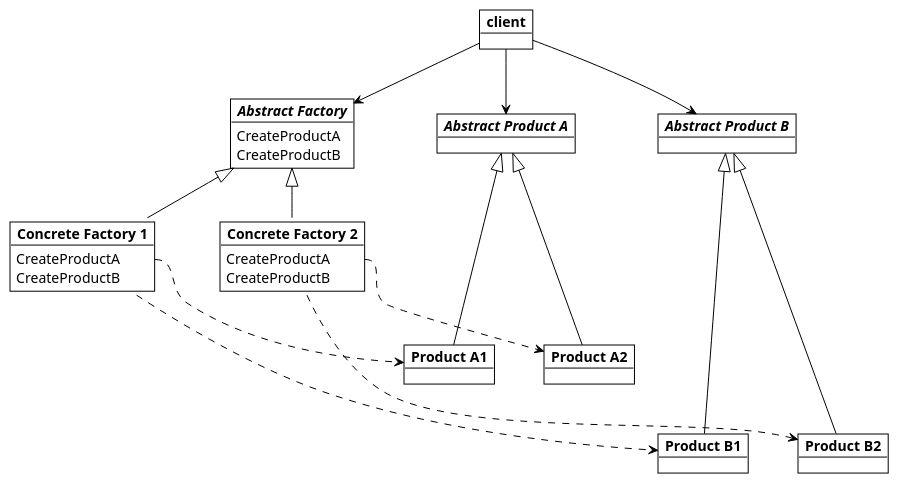
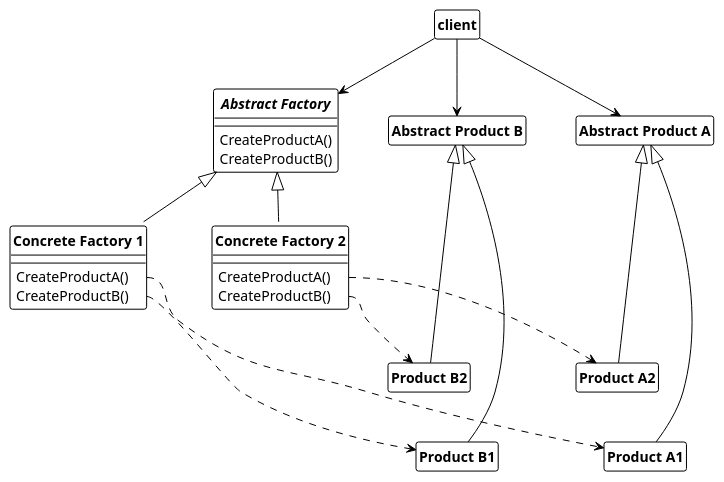
The diagram in creational_patterns/abstract_factory/abstract_factory.md (dst80/design-patterns), drawn with PlantUML before and after one commit. The commit also changed 10 other files, not shown here.

````diff
--- a/creational_patterns/abstract_factory/abstract_factory.md
+++ b/creational_patterns/abstract_factory/abstract_factory.md
@@ -5,51 +5,56 @@
 ```plantuml
 @startuml abstract_factory
 !theme plain
+hide circle
+hide fields
+hide members
 
 skinparam nodesep 50
 skinparam ranksep 50
-object "**client**" as client
+class "**client**" as client
 together {
-object "//**Abstract Factory**//" as AbstractFactory {
-    CreateProductA
-    CreateProductB
+    interface "**Abstract Factory**" as abstract_factory {
+        CreateProductA()
+        CreateProductB()
+    }
+    show abstract_factory members
+    class "**Concrete Factory 1**" as concrete_factory_1{
+        CreateProductA()
+        CreateProductB()
+    }
+    show concrete_factory_1 members
+    class "**Concrete Factory 2**" as concrete_factory_2 {
+        CreateProductA()
+        CreateProductB()
+    }
+    show concrete_factory_2 members
+    abstract_factory <|-- concrete_factory_1
+    abstract_factory <|-- concrete_factory_2
 }
-    object "**Concrete Factory 1**" as ConcreteFactory1{
-        CreateProductA
-        CreateProductB
-    }
-    object "**Concrete Factory 2**" as ConcreteFactory2 {
-        CreateProductA
-        CreateProductB
-    }
-}
+
 together {
     together {
-        object "//**Abstract Product A**//" as AbstractProductA
-        object "**Product A1**" as ProductA1
-        object "**Product A2**" as ProductA2
+        class "**Abstract Product A**" as abstract_product_A
+        class "**Product A1**" as product_A1
+        class "**Product A2**" as product_A2
     }
     together {
-        object "//**Abstract Product B**//" as AbstractProductB
-        object "**Product B1**" as ProductB1
-        object "**Product B2**" as ProductB2
+        class "**Abstract Product B**" as abstract_product_B
+        class "**Product B1**" as product_B1
+        class "**Product B2**" as product_B2
+    }
+    abstract_product_A <|---- product_A1
+    abstract_product_A <|--- product_A2
+    abstract_product_B <|---- product_B1
+    abstract_product_B <|--- product_B2
 }
-}
-client --> AbstractFactory
-client --> AbstractProductA
-client --> AbstractProductB
+client --> abstract_factory
+client --> abstract_product_A
+client --> abstract_product_B
 
-AbstractFactory <|-- ConcreteFactory1
-AbstractFactory <|-- ConcreteFactory2
-
-AbstractProductA <|--- ProductA1
-AbstractProductA <|--- ProductA2
-AbstractProductB <|---- ProductB1
-AbstractProductB <|---- ProductB2
-
-ConcreteFactory1::CreateProductA ..> ProductA1 
-ConcreteFactory1 ..> ProductB1
-ConcreteFactory2::CreateProductA ..> ProductA2
-ConcreteFactory2 ..> ProductB2
+concrete_factory_1::CreateProductA ..> product_A1 
+concrete_factory_1::CreateProductB ..> product_B1
+concrete_factory_2::CreateProductA ..> product_A2
+concrete_factory_2::CreateProductB ..> product_B2
 @enduml
 ```
````
